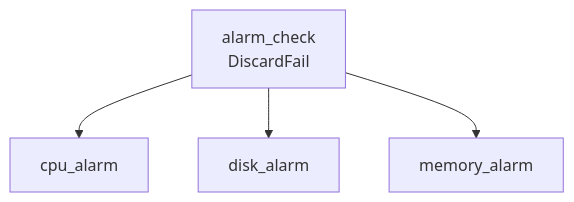
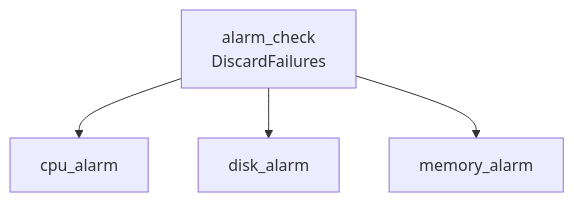
The third of 4 diagrams in guide.md (ezachrisen/indigo), drawn with Mermaid before and after one commit. The commit also changed other lines of this file and 4 other files, not shown here.

````diff
--- a/guide.md
+++ b/guide.md
@@ -1942,7 +1942,7 @@
 ```mermaid
 graph TD;
 
-alarm_check[alarm_check<br>DiscardFail] --> cpu_alarm;
+alarm_check[alarm_check<br>DiscardFailures] --> cpu_alarm;
 alarm_check --> disk_alarm;
 alarm_check --> memory_alarm;
 ```
````
